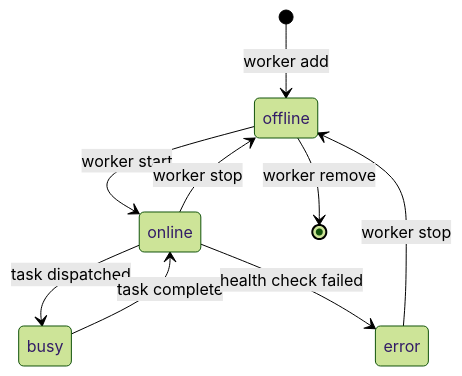
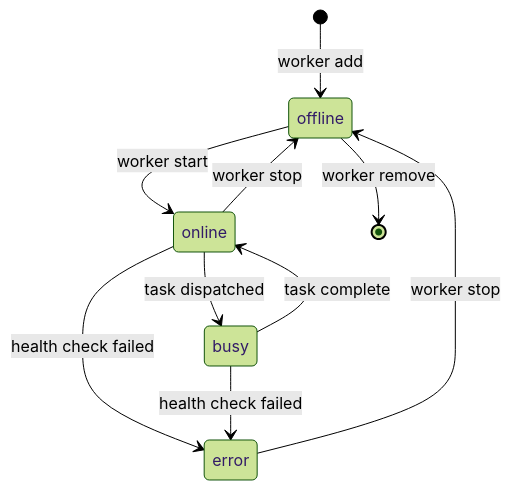
Before and after one commit to xiaolai/mecha.im: the second of 2 diagrams in website/guide/workers.md, drawn with Mermaid (forest theme). The commit also changed 5 other files, not shown here.

````diff
--- a/website/guide/workers.md
+++ b/website/guide/workers.md
@@ -238,11 +238,12 @@
 ```mermaid
 stateDiagram-v2
     [*] --> offline : worker add
     offline --> online : worker start
     online --> busy : task dispatched
     busy --> online : task complete
     online --> offline : worker stop
     online --> error : health check failed
+    busy --> error : health check failed
     error --> offline : worker stop
     offline --> [*] : worker remove
 ```
````
